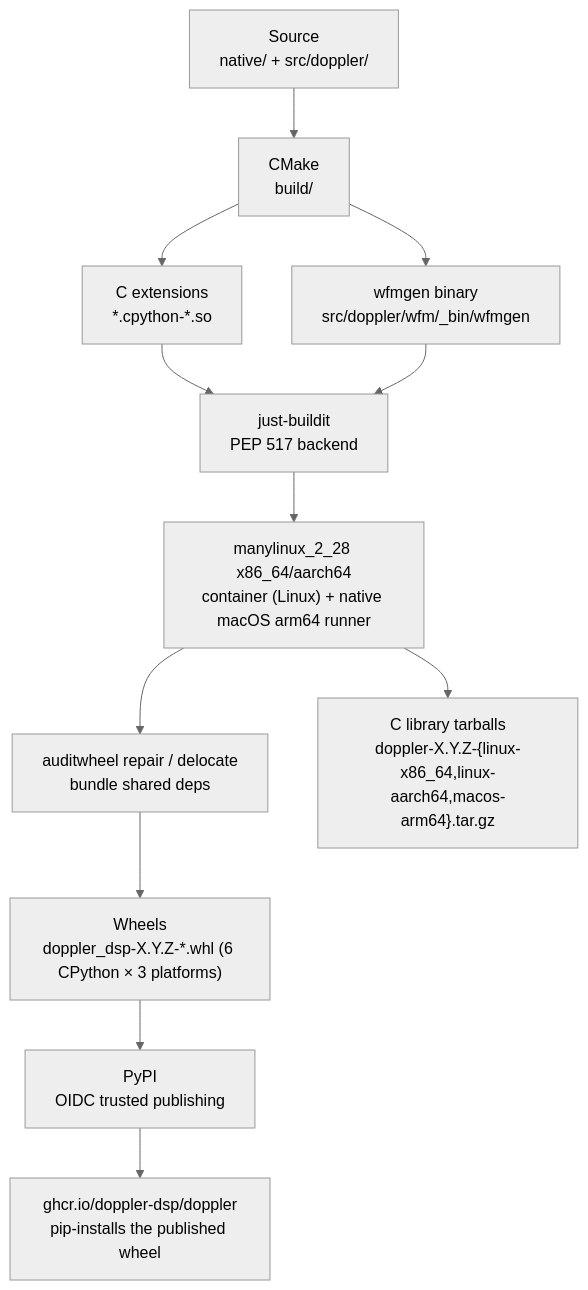
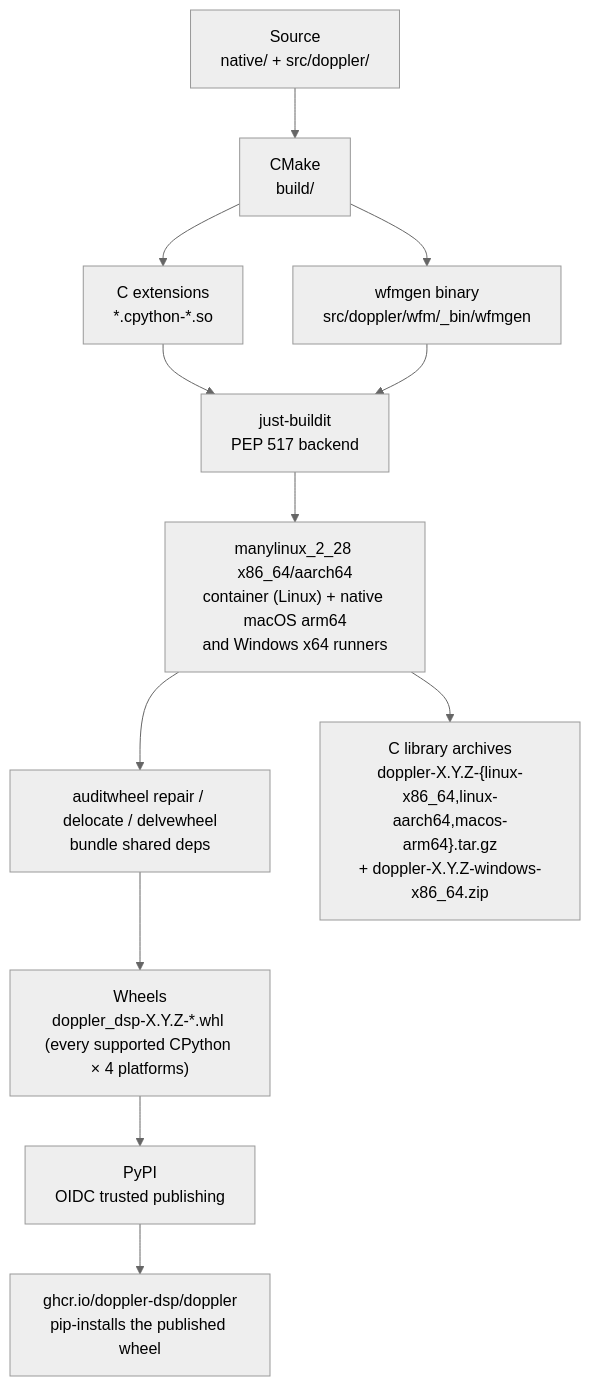
One commit to doppler-dsp/doppler changed the diagram in docs/dev/build-internals.md. Above: the diagram before and after it, drawn with Mermaid (neutral theme). The commit also changed other lines of this file and 19 other files, not shown here.

````diff
--- a/docs/dev/build-internals.md
+++ b/docs/dev/build-internals.md
@@ -11,18 +11,18 @@
 ```mermaid
 flowchart TD
     src["Source\nnative/ + src/doppler/"]
     cmake["CMake\nbuild/"]
     so["C extensions\n*.cpython-*.so"]
     bin["wfmgen binary\nsrc/doppler/wfm/_bin/wfmgen"]
     jb["just-buildit\nPEP 517 backend"]
-    manylinux["manylinux_2_28 x86_64/aarch64\ncontainer (Linux) + native macOS arm64 runner"]
-    auditwheel["auditwheel repair / delocate\nbundle shared deps"]
-    wheel["Wheels\ndoppler_dsp-X.Y.Z-*.whl (6 CPython × 3 platforms)"]
+    manylinux["manylinux_2_28 x86_64/aarch64\ncontainer (Linux) + native macOS arm64\nand Windows x64 runners"]
+    auditwheel["auditwheel repair / delocate / delvewheel\nbundle shared deps"]
+    wheel["Wheels\ndoppler_dsp-X.Y.Z-*.whl (every supported CPython × 4 platforms)"]
     pypi["PyPI\nOIDC trusted publishing"]
     ghcr["ghcr.io/doppler-dsp/doppler\npip-installs the published wheel"]
-    ctarball["C library tarballs\ndoppler-X.Y.Z-{linux-x86_64,linux-aarch64,macos-arm64}.tar.gz"]
+    ctarball["C library archives\ndoppler-X.Y.Z-{linux-x86_64,linux-aarch64,macos-arm64}.tar.gz\n+ doppler-X.Y.Z-windows-x86_64.zip"]
 
     src --> cmake --> so --> jb --> manylinux --> auditwheel --> wheel --> pypi --> ghcr
     cmake --> bin --> jb
     manylinux --> ctarball
 ```
````
